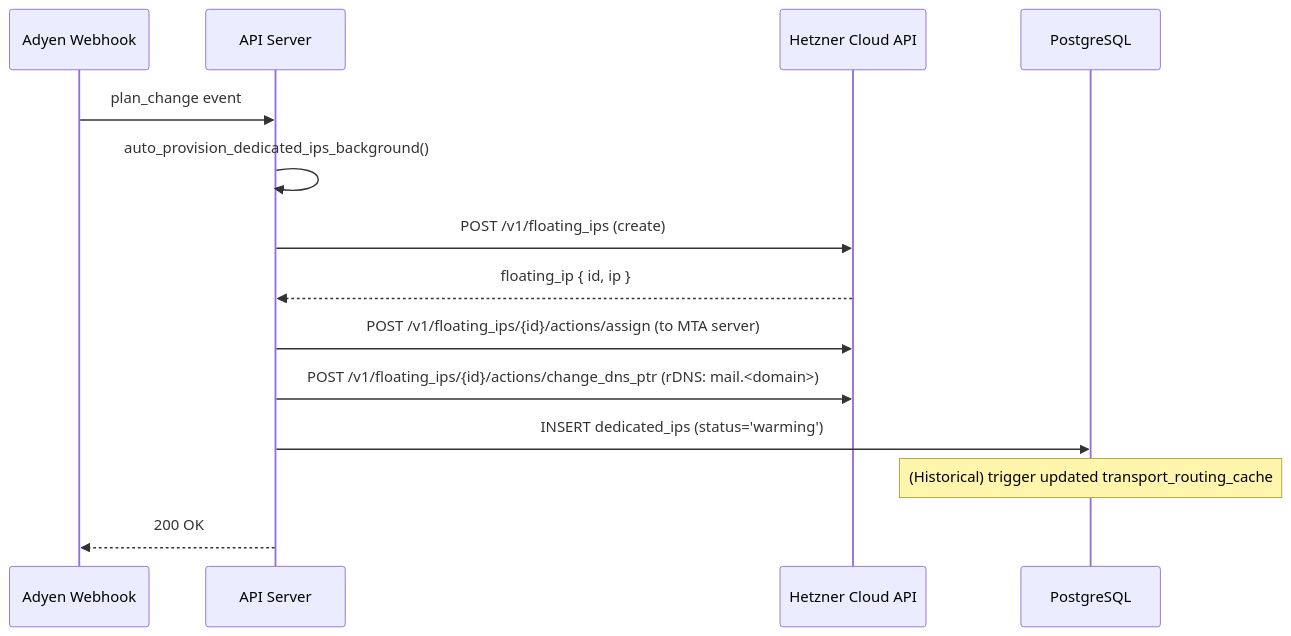
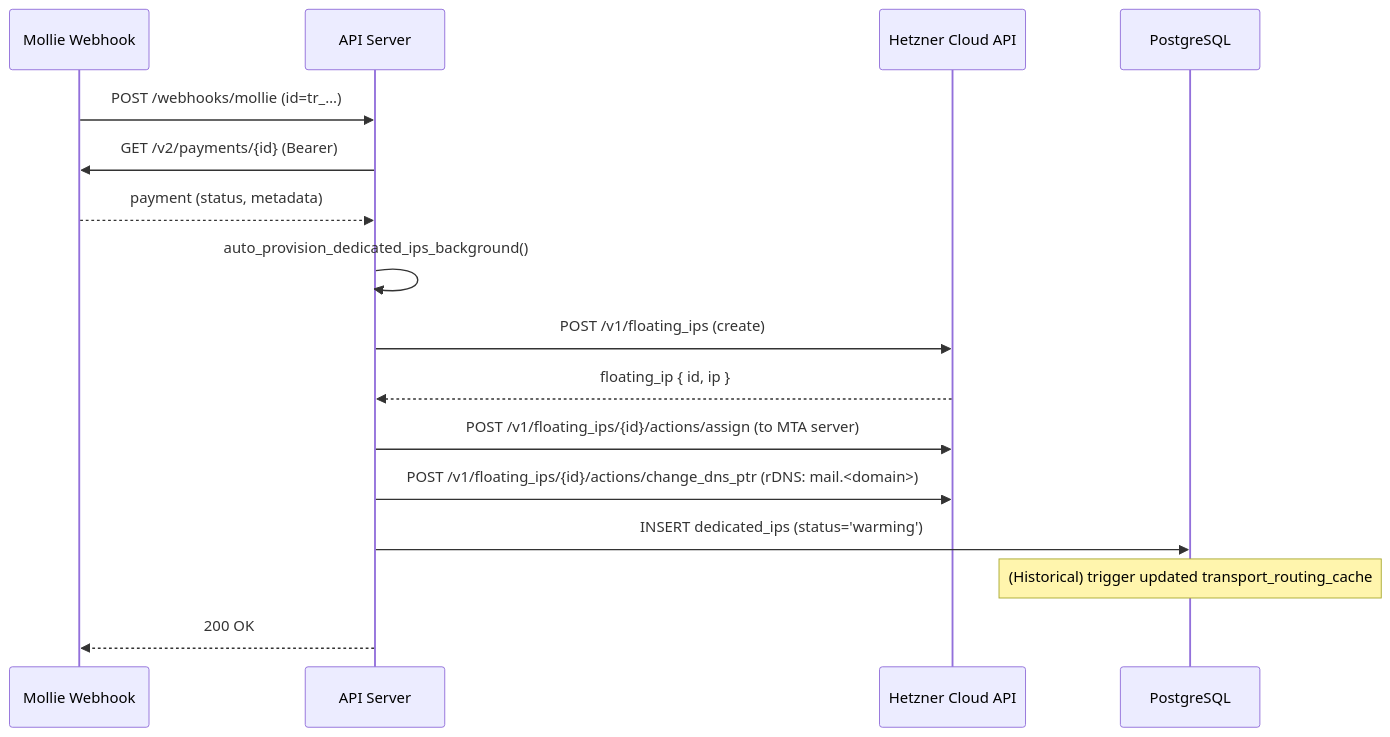
One commit to sbelakho2/ApexMail changed the second of 3 diagrams in docs/deployment/PRODUCTION_SETUP.md. Above: the diagram before and after it, drawn with Mermaid. The commit also changed other lines of this file and 342 other files, not shown here.

First line of the commit message:
feat(billing): the payment processor is Mollie — schema, wire, legal facts and gates, audited five ways

````diff
--- a/docs/deployment/PRODUCTION_SETUP.md
+++ b/docs/deployment/PRODUCTION_SETUP.md
@@ -292,17 +292,19 @@
 ```mermaid
 sequenceDiagram
-    participant Adyen as Adyen Webhook
+    participant Mollie as Mollie Webhook
     participant API as API Server
     participant Hetzner as Hetzner Cloud API
     participant DB as PostgreSQL
 
-    Adyen->>API: plan_change event
+    Mollie->>API: POST /webhooks/mollie (id=tr_…)
+    API->>Mollie: GET /v2/payments/{id} (Bearer)
+    Mollie-->>API: payment (status, metadata)
     API->>API: auto_provision_dedicated_ips_background()
     API->>Hetzner: POST /v1/floating_ips (create)
     Hetzner-->>API: floating_ip { id, ip }
     API->>Hetzner: POST /v1/floating_ips/{id}/actions/assign (to MTA server)
     API->>Hetzner: POST /v1/floating_ips/{id}/actions/change_dns_ptr (rDNS: mail.<domain>)
     API->>DB: INSERT dedicated_ips (status='warming')
     Note over DB: (Historical) trigger updated transport_routing_cache
-    API-->>Adyen: 200 OK
+    API-->>Mollie: 200 OK
 ```
````
